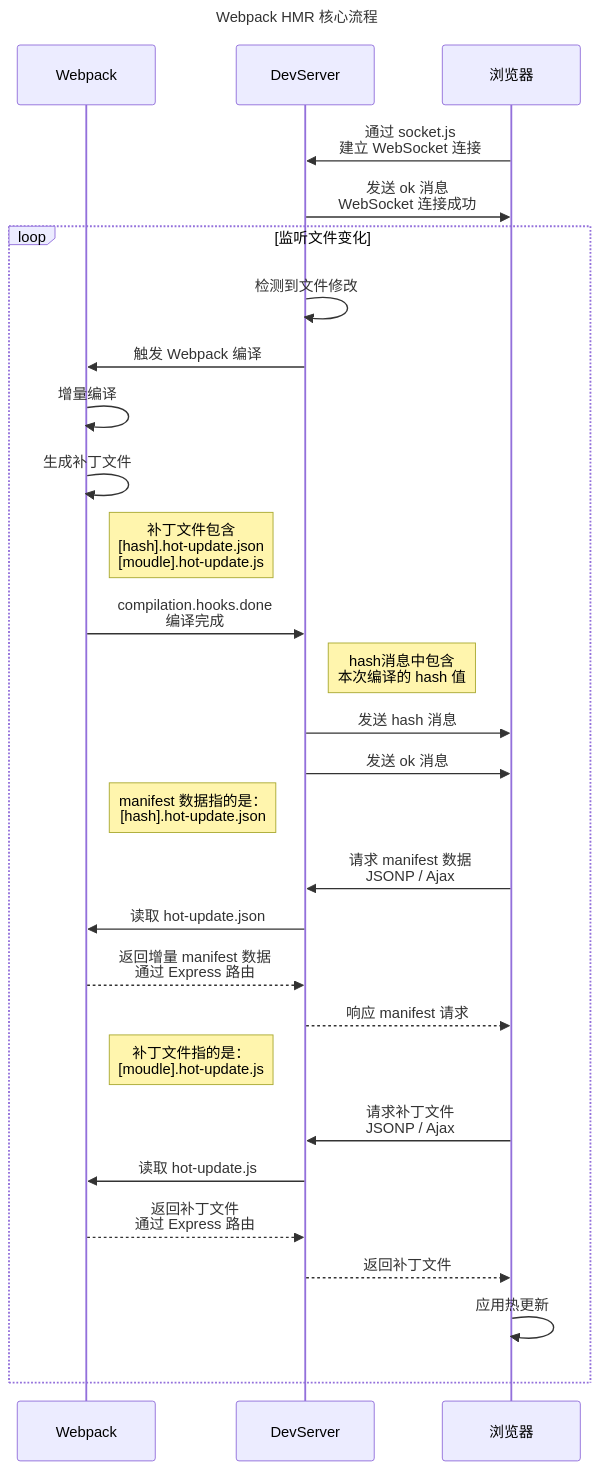
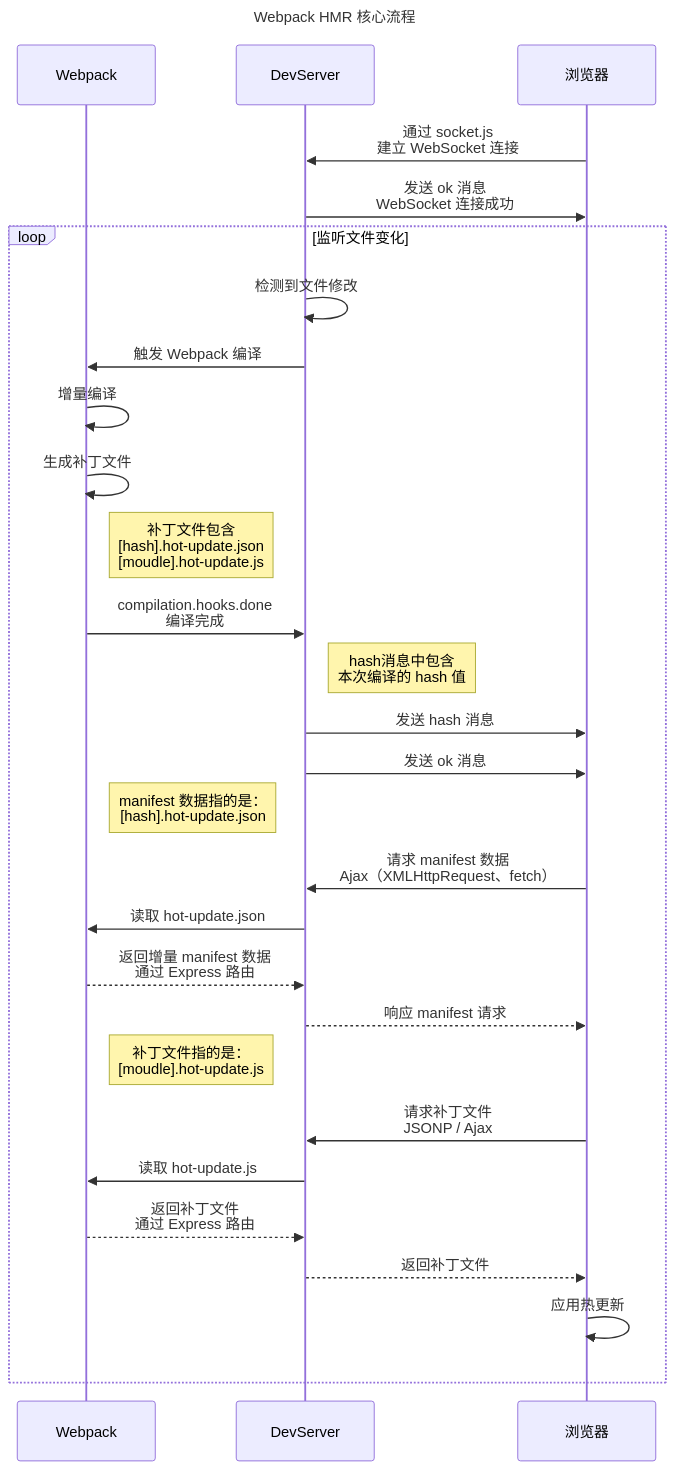
One commit to ykshang/MyBlog changed the first of 2 diagrams in docs/notes/Webpack/4.核心原理/2.HMR 流程.md. Above: the diagram before and after it, drawn with Mermaid. The commit also changed other lines of this file and 1 other file, not shown here.

````diff
--- a/docs/notes/Webpack/4.核心原理/2.HMR 流程.md
+++ b/docs/notes/Webpack/4.核心原理/2.HMR 流程.md
@@ -25,32 +25,32 @@
 ```mermaid
 sequenceDiagram
     title: Webpack HMR 核心流程
     participant Webpack
     participant DevServer
     participant 浏览器
 
     浏览器->>DevServer: 通过 socket.js <br> 建立 WebSocket 连接
     DevServer->>浏览器: 发送 ok 消息 <br> WebSocket 连接成功
     loop 监听文件变化
         DevServer->>DevServer: 检测到文件修改
         DevServer->>Webpack: 触发 Webpack 编译
         Webpack->>Webpack: 增量编译
         Webpack->>Webpack: 生成补丁文件
         Note right of Webpack: 补丁文件包含<br/>[hash].hot-update.json<br/>[moudle].hot-update.js
         Webpack->>DevServer: compilation.hooks.done <br/> 编译完成
         Note right of DevServer: hash消息中包含<br>本次编译的 hash 值
         DevServer->>浏览器: 发送 hash 消息
         DevServer->>浏览器: 发送 ok 消息
         Note right of Webpack: manifest 数据指的是：<br/>[hash].hot-update.json
-        浏览器->>DevServer: 请求 manifest 数据 <br/> JSONP / Ajax
+        浏览器->>DevServer: 请求 manifest 数据 <br/> Ajax（XMLHttpRequest、fetch）
         DevServer->>Webpack: 读取 hot-update.json
         Webpack-->>DevServer: 返回增量 manifest 数据 <br/> 通过 Express 路由
         DevServer-->>浏览器: 响应 manifest 请求
         Note right of Webpack: 补丁文件指的是：<br/>[moudle].hot-update.js
         浏览器 ->> DevServer: 请求补丁文件 <br/>  JSONP / Ajax
         DevServer->>Webpack: 读取 hot-update.js
         Webpack-->>DevServer: 返回补丁文件 <br/> 通过 Express 路由
         DevServer-->> 浏览器: 返回补丁文件
         浏览器->>浏览器: 应用热更新
     end
 ```
````
